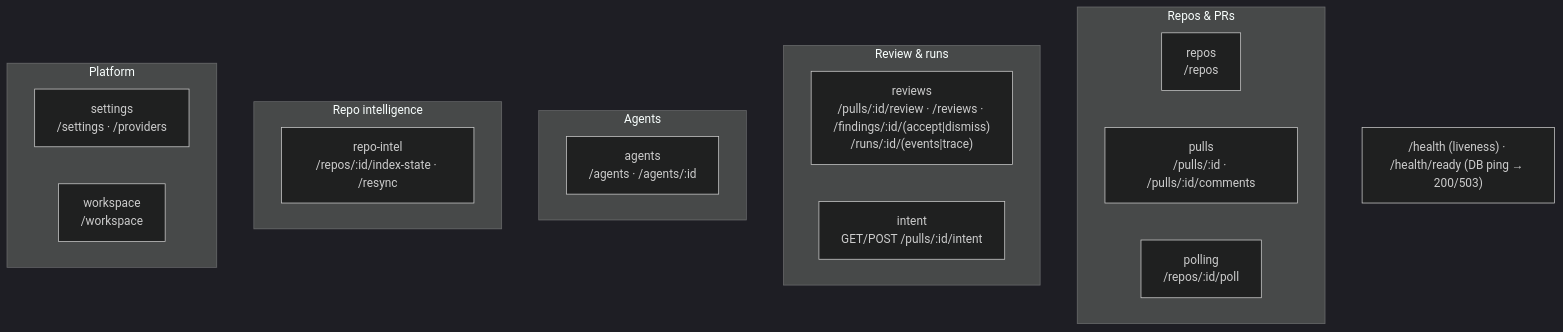
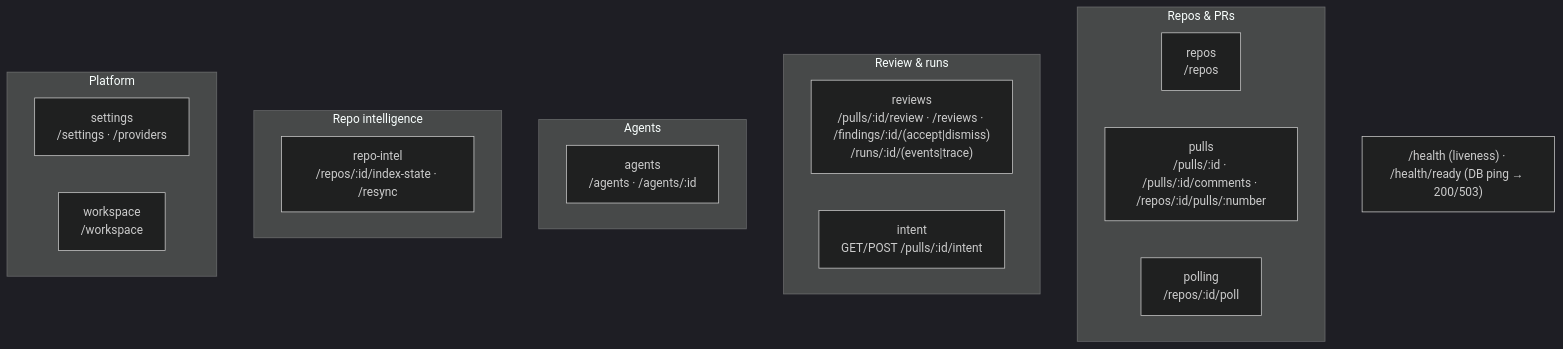
Before and after one commit to BalakaMd/dev-digest: the second of 2 diagrams in server/README.md, drawn with Mermaid (dark theme). The commit also changed 50 other files, not shown here.

````diff
--- a/server/README.md
+++ b/server/README.md
@@ -64,23 +64,23 @@
 ```mermaid
 flowchart TB
   subgraph Repos_PRs["Repos & PRs"]
     repos["repos<br/>/repos"]
-    pulls["pulls<br/>/pulls/:id · /pulls/:id/comments"]
+    pulls["pulls<br/>/pulls/:id · /pulls/:id/comments · /repos/:id/pulls/:number"]
     polling["polling<br/>/repos/:id/poll"]
   end
   subgraph Review["Review & runs"]
     reviews["reviews<br/>/pulls/:id/review · /reviews · /findings/:id/(accept|dismiss)<br/>/runs/:id/(events|trace)"]
     intent["intent<br/>GET/POST /pulls/:id/intent"]
   end
   subgraph Agents["Agents"]
     agents["agents<br/>/agents · /agents/:id"]
   end
   subgraph Intel["Repo intelligence"]
     repoIntel["repo-intel<br/>/repos/:id/index-state · /resync"]
   end
   subgraph Platform["Platform"]
     settings["settings<br/>/settings · /providers"]
     workspace["workspace<br/>/workspace"]
   end
   HEALTH["/health (liveness) · /health/ready (DB ping → 200/503)"]
 ```
````
